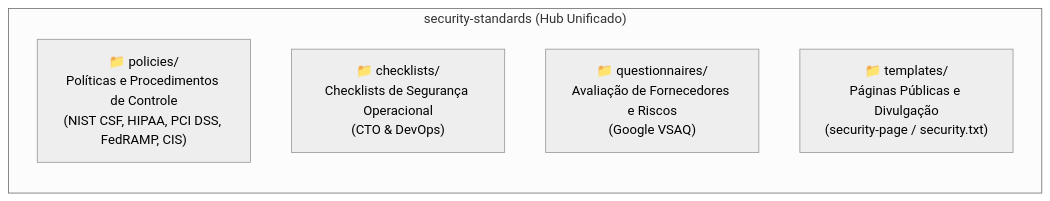
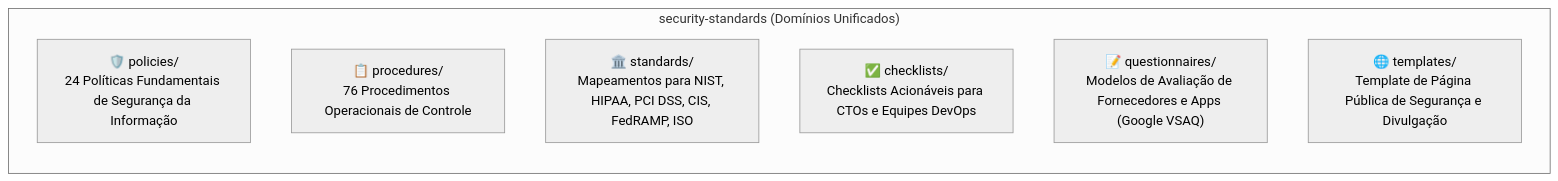
Before and after one commit to SecurityStandards/security-standards: the diagram in README.md, drawn with Mermaid (neutral theme). The commit also changed other lines of this file and 205 other files, not shown here.

````diff
--- a/README.md
+++ b/README.md
@@ -7,10 +7,12 @@
 ```mermaid
 flowchart TD
-    subgraph Repo["security-standards (Hub Unificado)"]
+    subgraph Repo["security-standards (Domínios Unificados)"]
         direction TB
-        P["📁 policies/<br/>Políticas e Procedimentos de Controle<br/>(NIST CSF, HIPAA, PCI DSS, FedRAMP, CIS)"]
-        C["📁 checklists/<br/>Checklists de Segurança Operacional<br/>(CTO & DevOps)"]
-        Q["📁 questionnaires/<br/>Avaliação de Fornecedores e Riscos<br/>(Google VSAQ)"]
-        T["📁 templates/<br/>Páginas Públicas e Divulgação<br/>(security-page / security.txt)"]
+        P["🛡️ policies/<br/>24 Políticas Fundamentais de Segurança da Informação"]
+        PR["📋 procedures/<br/>76 Procedimentos Operacionais de Controle"]
+        S["🏛️ standards/<br/>Mapeamentos para NIST, HIPAA, PCI DSS, CIS, FedRAMP, ISO"]
+        C["✅ checklists/<br/>Checklists Acionáveis para CTOs e Equipes DevOps"]
+        Q["📝 questionnaires/<br/>Modelos de Avaliação de Fornecedores e Apps (Google VSAQ)"]
+        T["🌐 templates/<br/>Template de Página Pública de Segurança e Divulgação"]
     end
 ```
````
